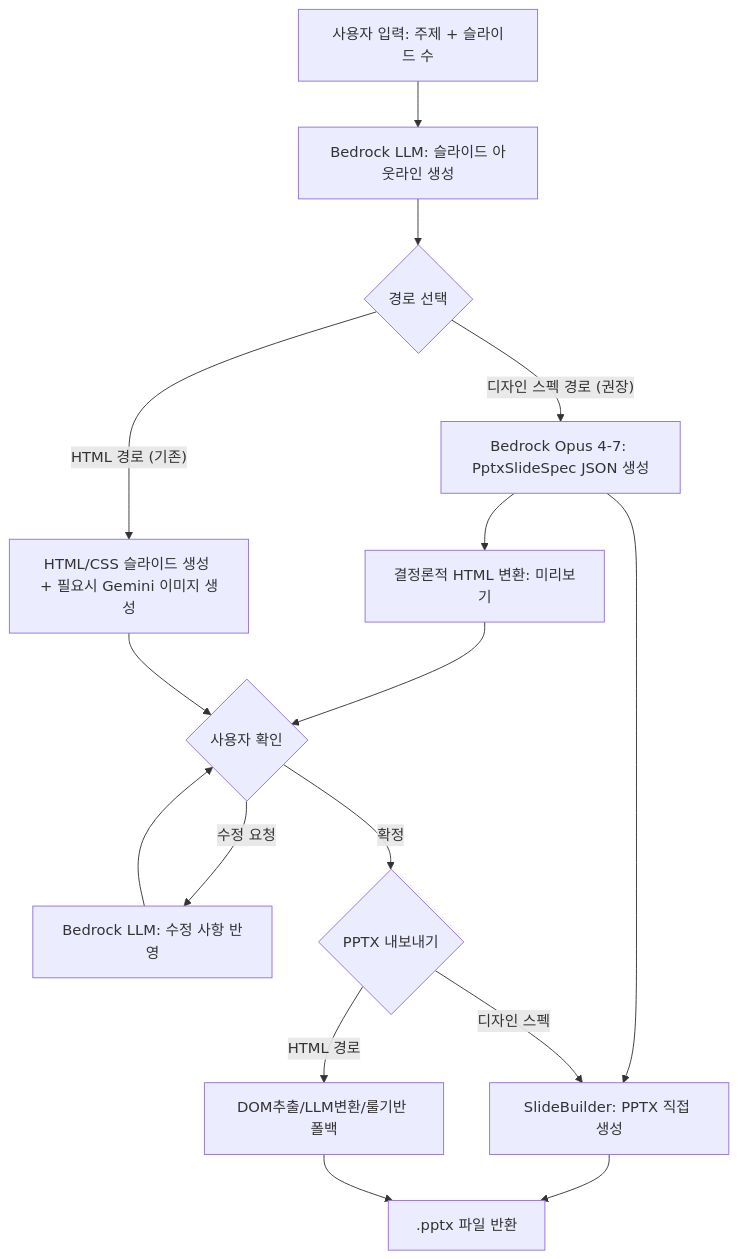
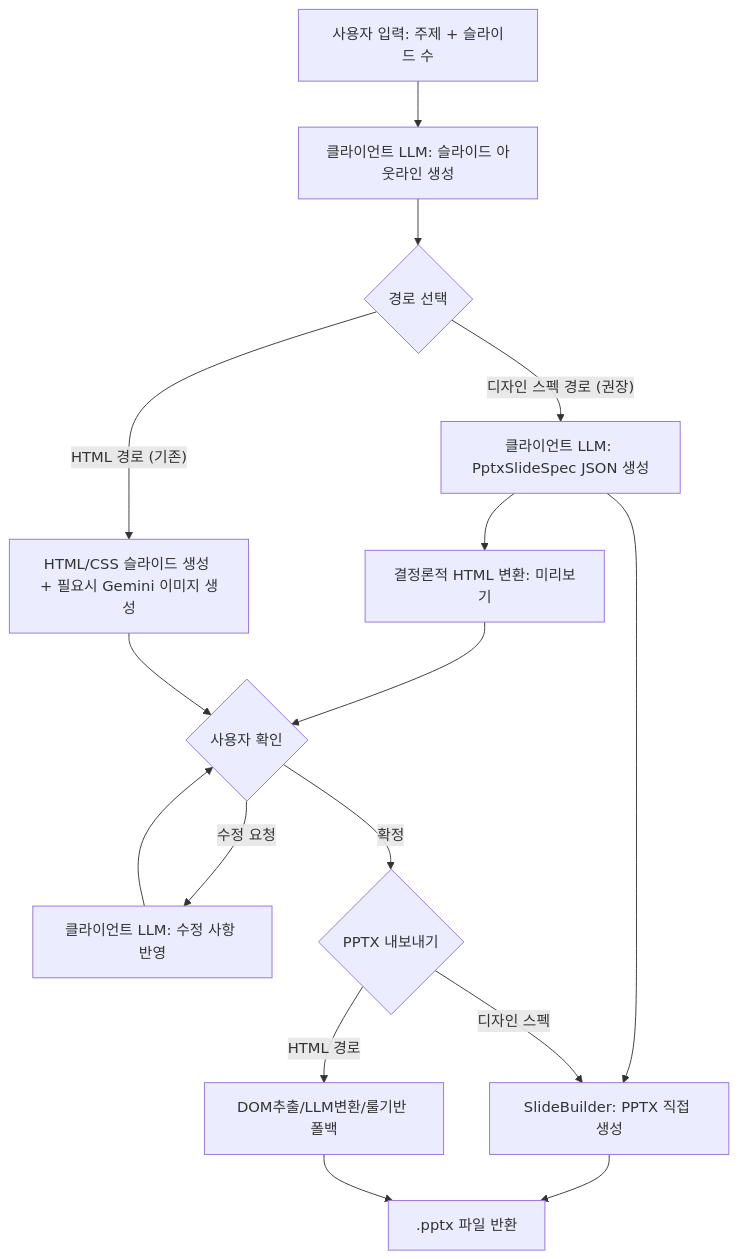
The second of 3 diagrams in docs/ppt-generator.alps.md (haandol/ppt-generator), drawn with Mermaid before and after one commit. The commit also changed other lines of this file and 63 other files, not shown here.

````diff
--- a/docs/ppt-generator.alps.md
+++ b/docs/ppt-generator.alps.md
@@ -118,18 +118,18 @@
 ```mermaid
 flowchart TD
-    A[사용자 입력: 주제 + 슬라이드 수] --> B[Bedrock LLM: 슬라이드 아웃라인 생성]
+    A[사용자 입력: 주제 + 슬라이드 수] --> B[클라이언트 LLM: 슬라이드 아웃라인 생성]
     B --> DS{경로 선택}
-    DS -- "디자인 스펙 경로 (권장)" --> DS1[Bedrock Opus 4-7: PptxSlideSpec JSON 생성]
+    DS -- "디자인 스펙 경로 (권장)" --> DS1[클라이언트 LLM: PptxSlideSpec JSON 생성]
     DS1 --> DS2[결정론적 HTML 변환: 미리보기]
     DS2 --> F{사용자 확인}
     DS1 --> DS3[SlideBuilder: PPTX 직접 생성]
     DS -- "HTML 경로 (기존)" --> E[HTML/CSS 슬라이드 생성 + 필요시 Gemini 이미지 생성]
     E --> F
-    F -- "수정 요청" --> G[Bedrock LLM: 수정 사항 반영]
+    F -- "수정 요청" --> G[클라이언트 LLM: 수정 사항 반영]
     G --> F
     F -- "확정" --> H{PPTX 내보내기}
     H -- "디자인 스펙" --> DS3
     H -- "HTML 경로" --> H1[DOM추출/LLM변환/룰기반 폴백]
     DS3 --> I[.pptx 파일 반환]
     H1 --> I
 ```
````
